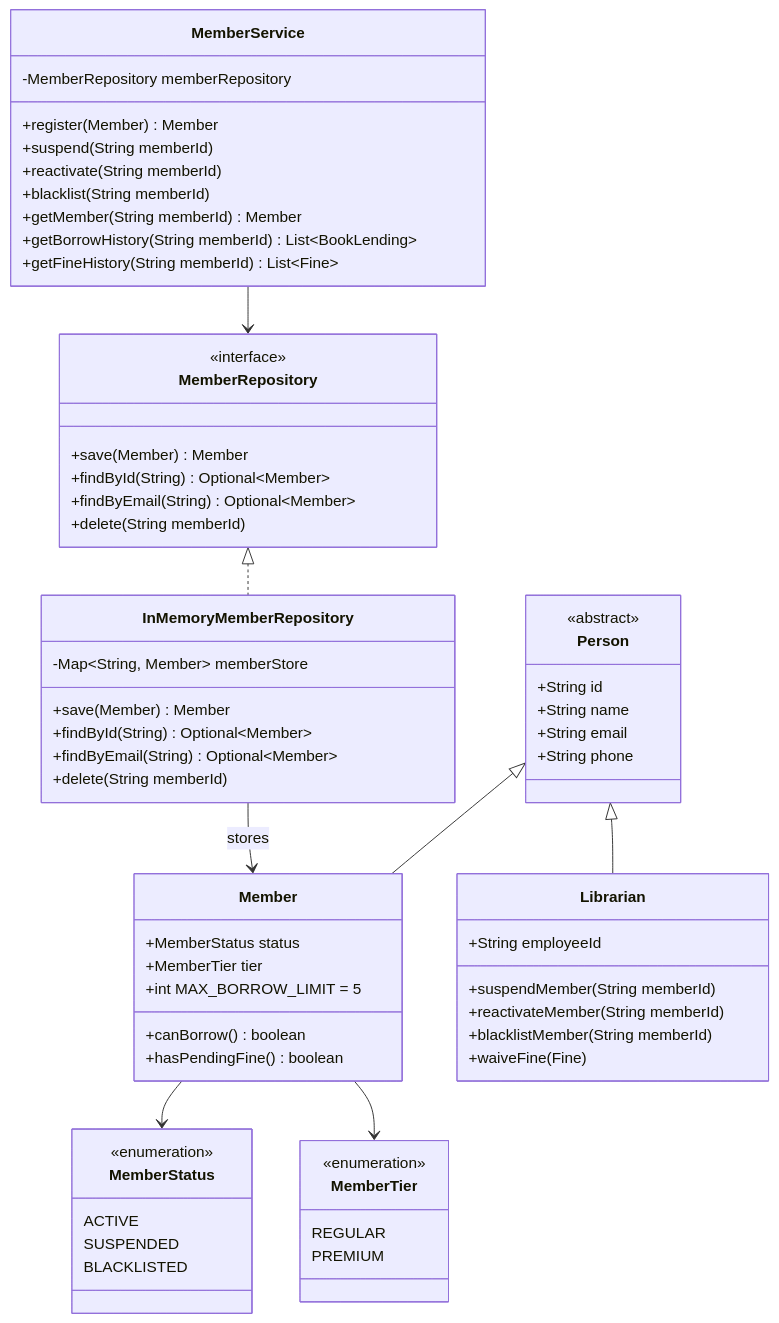
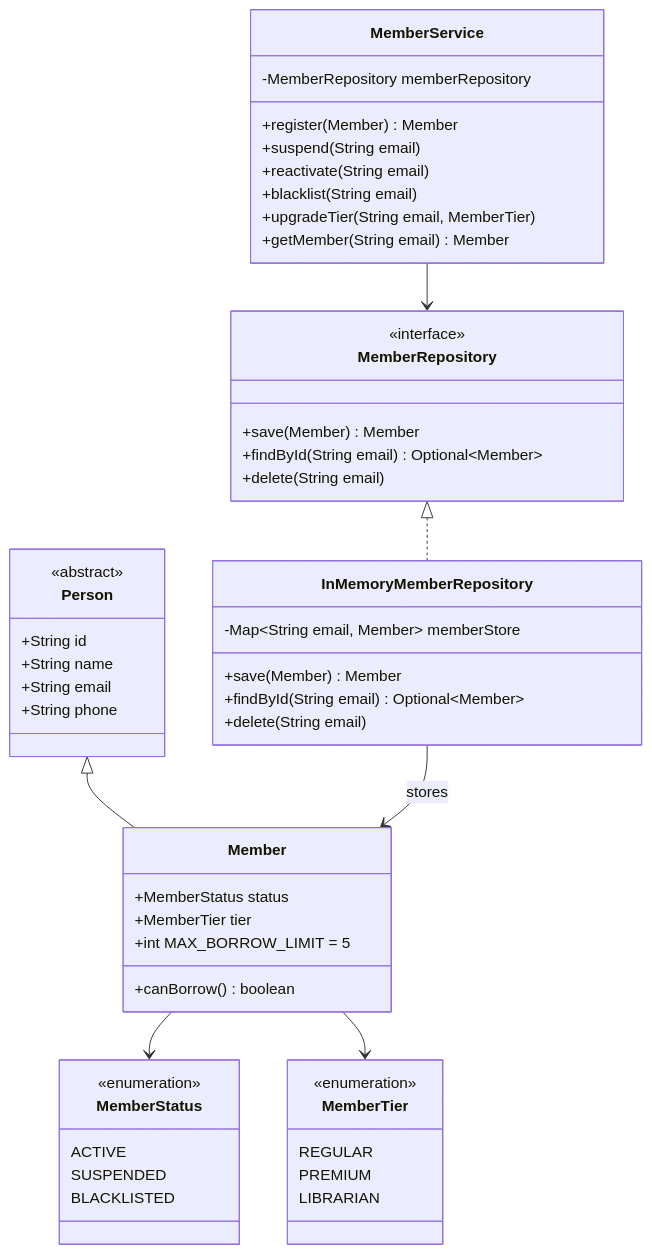
One commit to Arnavjain1703/LLD changed the second of 9 diagrams in LibraryManagementSystem/class-diagram.md. Above: the diagram before and after it, drawn with Mermaid. The commit also changed other lines of this file and 51 other files, not shown here.

````diff
--- a/LibraryManagementSystem/class-diagram.md
+++ b/LibraryManagementSystem/class-diagram.md
@@ -186,74 +186,64 @@
 ```mermaid
 classDiagram
     class MemberStatus {
         <<enumeration>>
         ACTIVE
         SUSPENDED
         BLACKLISTED
     }
 
     class MemberTier {
         <<enumeration>>
         REGULAR
         PREMIUM
+        LIBRARIAN
     }
 
     class Person {
         <<abstract>>
         +String id
         +String name
         +String email
         +String phone
+        %% id is initialised to email — email is the unique identity
     }
 
     class Member {
         +MemberStatus status
         +MemberTier tier
         +int MAX_BORROW_LIMIT = 5
         +canBorrow() boolean
-        +hasPendingFine() boolean
-    }
-
-    class Librarian {
-        +String employeeId
-        +suspendMember(String memberId)
-        +reactivateMember(String memberId)
-        +blacklistMember(String memberId)
-        +waiveFine(Fine)
+        %% fine check is FineService's responsibility, not Member's
     }
 
     class MemberRepository {
         <<interface>>
         +save(Member) Member
-        +findById(String) Optional~Member~
-        +findByEmail(String) Optional~Member~
-        +delete(String memberId)
+        +findById(String email) Optional~Member~
+        +delete(String email)
     }
 
     class InMemoryMemberRepository {
-        -Map~String, Member~ memberStore
+        -Map~String email, Member~ memberStore
         +save(Member) Member
-        +findById(String) Optional~Member~
-        +findByEmail(String) Optional~Member~
-        +delete(String memberId)
+        +findById(String email) Optional~Member~
+        +delete(String email)
     }
 
     class MemberService {
         -MemberRepository memberRepository
         +register(Member) Member
-        +suspend(String memberId)
-        +reactivate(String memberId)
-        +blacklist(String memberId)
-        +getMember(String memberId) Member
-        +getBorrowHistory(String memberId) List~BookLending~
-        +getFineHistory(String memberId) List~Fine~
+        +suspend(String email)
+        +reactivate(String email)
+        +blacklist(String email)
+        +upgradeTier(String email, MemberTier)
+        +getMember(String email) Member
     }
 
     Person <|-- Member
-    Person <|-- Librarian
     Member --> MemberStatus
     Member --> MemberTier
     MemberRepository <|.. InMemoryMemberRepository
     InMemoryMemberRepository --> Member : stores
     MemberService --> MemberRepository
 ```
````
